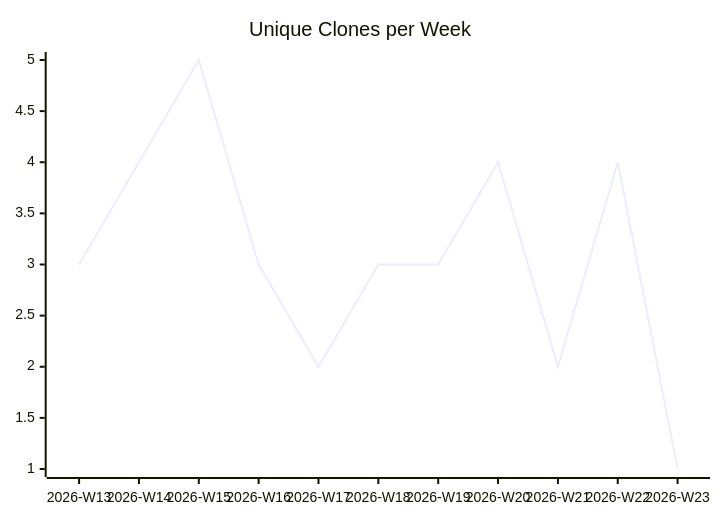
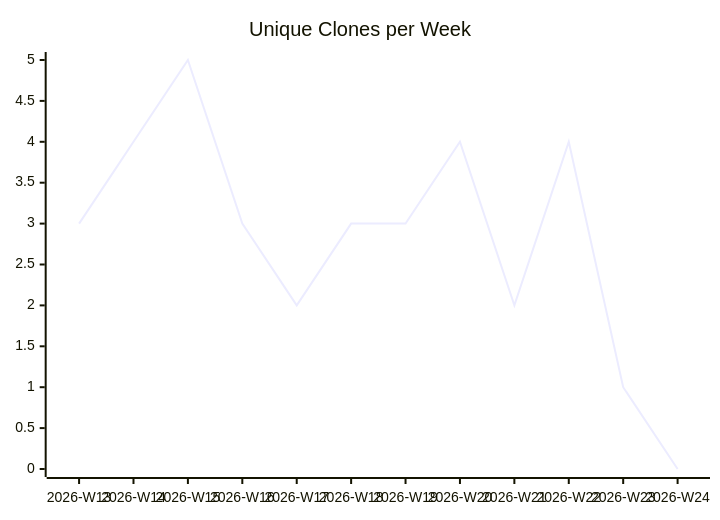
Before and after one commit to justdavis-family/github-analytics-data: the third of 3 diagrams in karlmdavis/justdavis-karl/README.md, drawn with Mermaid. The commit also changed other lines of this file and 189 other files, not shown here.

````diff
--- a/karlmdavis/justdavis-karl/README.md
+++ b/karlmdavis/justdavis-karl/README.md
@@ -19,6 +19,6 @@
 ```mermaid
 xychart-beta
   title "Unique Clones per Week"
-  x-axis ["2026-W13", "2026-W14", "2026-W15", "2026-W16", "2026-W17", "2026-W18", "2026-W19", "2026-W20", "2026-W21", "2026-W22", "2026-W23"]
-  line [3, 4, 5, 3, 2, 3, 3, 4, 2, 4, 1]
+  x-axis ["2026-W13", "2026-W14", "2026-W15", "2026-W16", "2026-W17", "2026-W18", "2026-W19", "2026-W20", "2026-W21", "2026-W22", "2026-W23", "2026-W24"]
+  line [3, 4, 5, 3, 2, 3, 3, 4, 2, 4, 1, 0]
 ```
````
